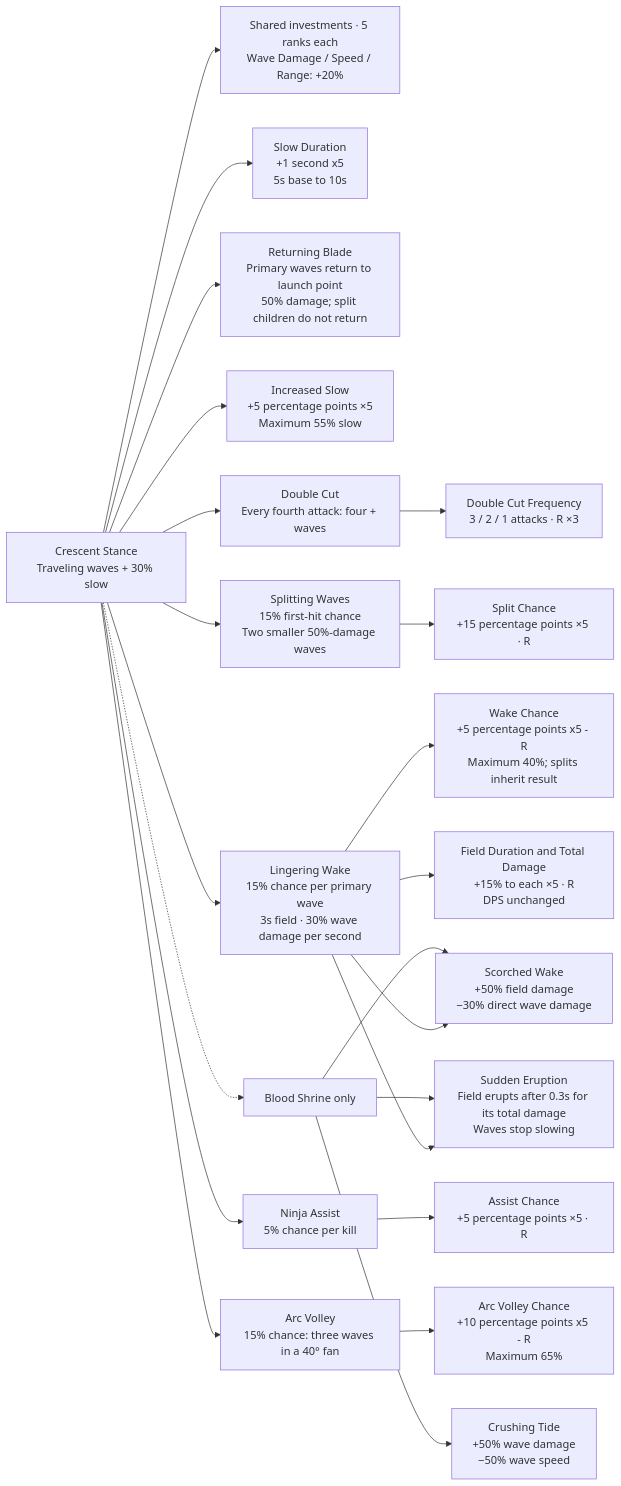
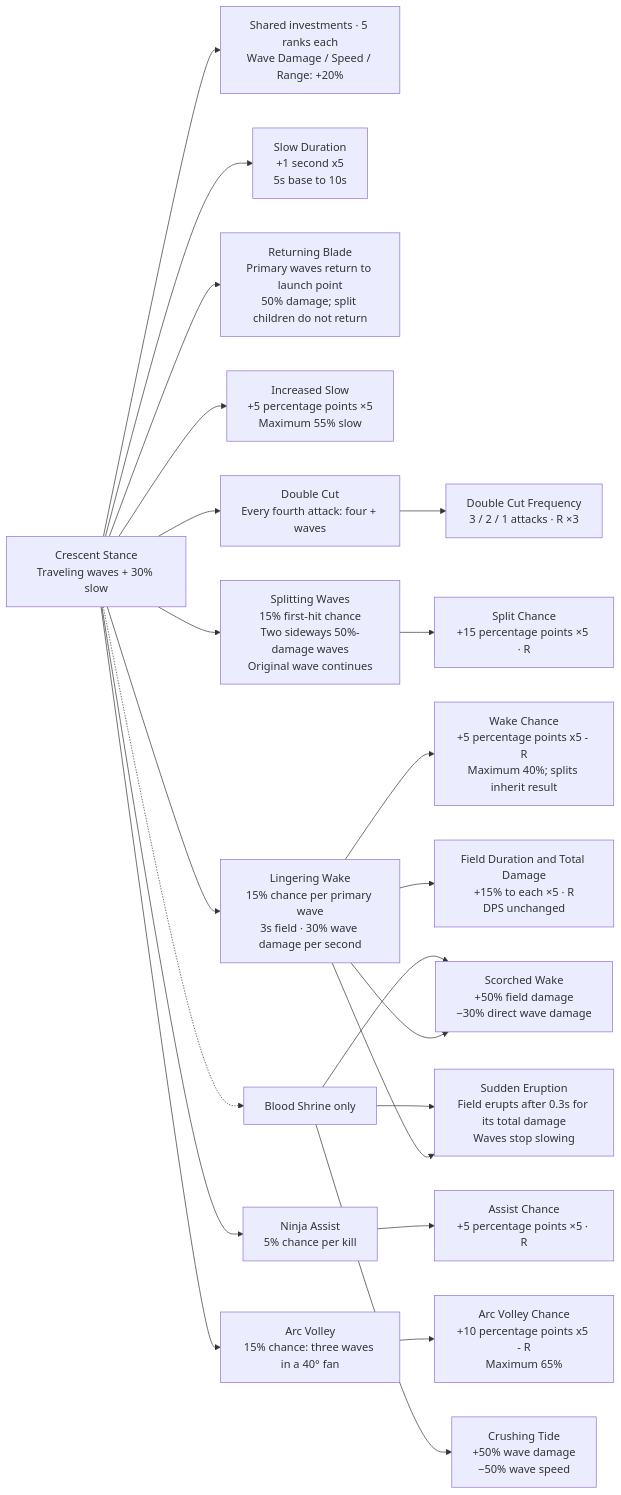
One commit to deeperffect/HeavensDivide changed the third of 3 diagrams in Docs/SamuraiStanceAudit.md. Above: the diagram before and after it, drawn with Mermaid. The commit also changed other lines of this file and 810 other files, not shown here.

````diff
--- a/Docs/SamuraiStanceAudit.md
+++ b/Docs/SamuraiStanceAudit.md
@@ -101,24 +101,24 @@
 ```mermaid
 flowchart LR
  C["Crescent Stance<br/>Traveling waves + 30% slow"] --> CS["Shared investments · 5 ranks each<br/>Wave Damage / Speed / Range: +20%"]
  C --> SD["Slow Duration<br/>+1 second x5<br/>5s base to 10s"]
  C --> RB["Returning Blade<br/>Primary waves return to launch point<br/>50% damage; split children do not return"]
  C --> SL["Increased Slow<br/>+5 percentage points ×5<br/>Maximum 55% slow"]
  C --> D["Double Cut<br/>Every fourth attack: four + waves"]
  D --> DF["Double Cut Frequency<br/>3 / 2 / 1 attacks · R ×3"]
- C --> SP["Splitting Waves<br/>15% first-hit chance<br/>Two smaller 50%-damage waves"]
+ C --> SP["Splitting Waves<br/>15% first-hit chance<br/>Two sideways 50%-damage waves<br/>Original wave continues"]
  SP --> SPC["Split Chance<br/>+15 percentage points ×5 · R"]
  C --> W["Lingering Wake<br/>15% chance per primary wave<br/>3s field · 30% wave damage per second"]
  W --> WC["Wake Chance<br/>+5 percentage points x5 - R<br/>Maximum 40%; splits inherit result"]
  W --> WP["Field Duration and Total Damage<br/>+15% to each ×5 · R<br/>DPS unchanged"]
  C --> A["Ninja Assist<br/>5% chance per kill"]
  A --> AC["Assist Chance<br/>+5 percentage points ×5 · R"]
  C --> AR["Arc Volley<br/>15% chance: three waves in a 40° fan"]
  AR --> ARC["Arc Volley Chance<br/>+10 percentage points x5 - R<br/>Maximum 65%"]
  C -.-> S["Blood Shrine only"]
  S --> CT["Crushing Tide<br/>+50% wave damage<br/>−50% wave speed"]
  S --> SW["Scorched Wake<br/>+50% field damage<br/>−30% direct wave damage"]
  W --> SW
  S --> SE["Sudden Eruption<br/>Field erupts after 0.3s for its total damage<br/>Waves stop slowing"]
  W --> SE
 ```
````
